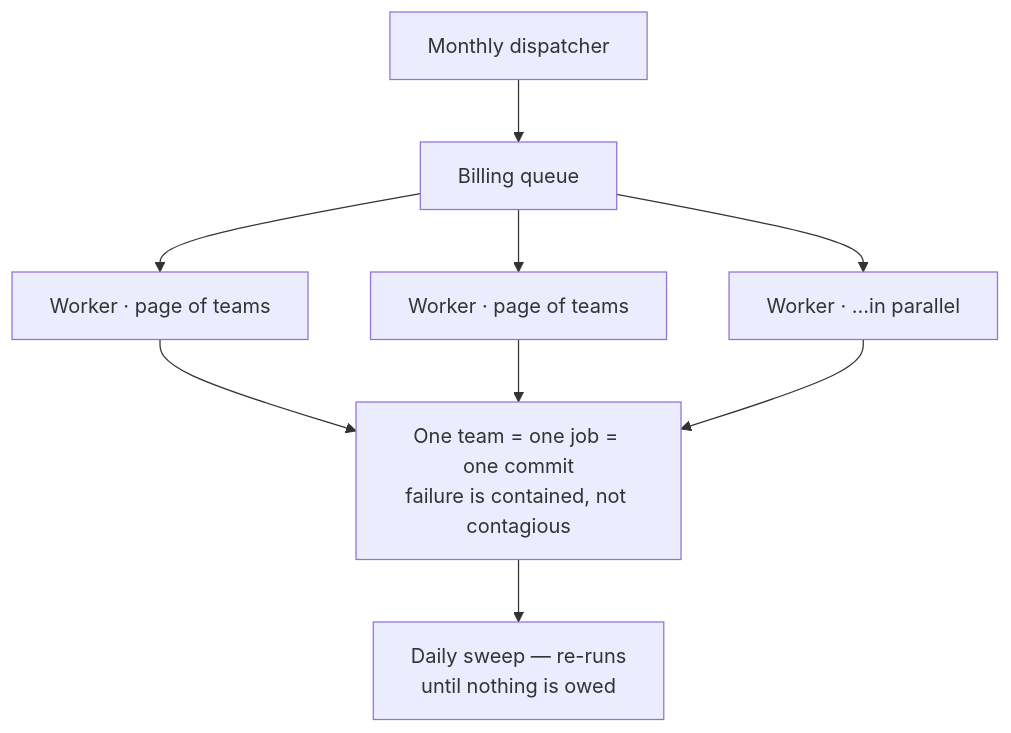
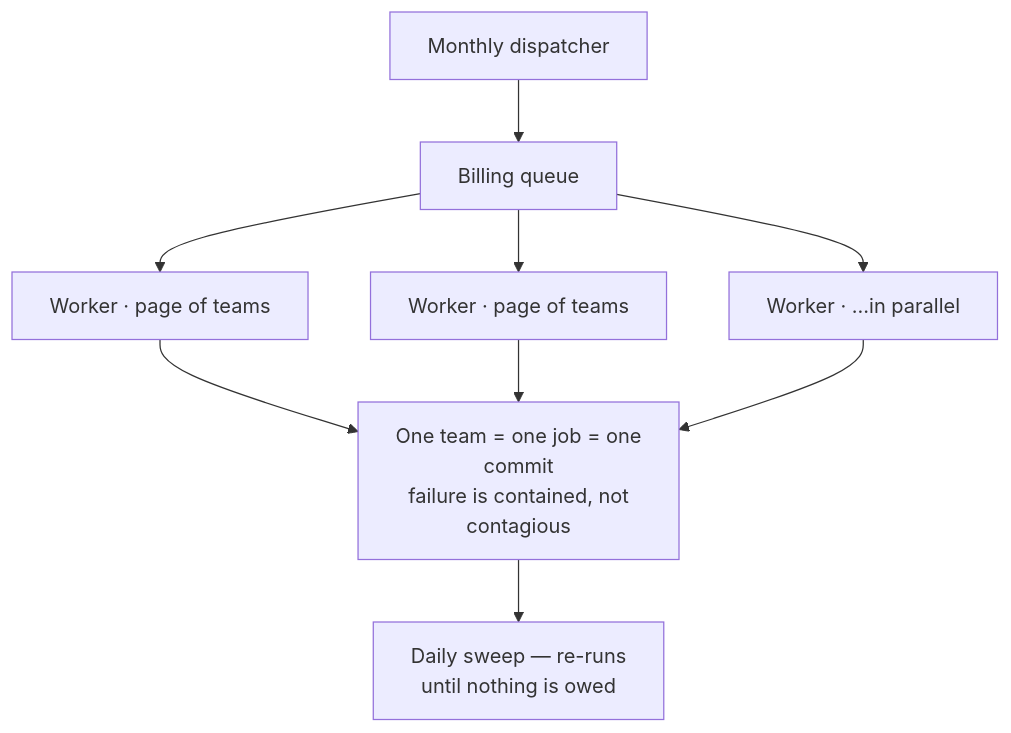
One commit to saurabh6790/v2-billing-specs changed the fifth of 11 diagrams in billing-improvements-explained.md. Above: the diagram before and after it, drawn with Mermaid. The commit also changed other lines of this file and 27 other files, not shown here.

Commit message:
diagrams: render the excalidraw svgs, and the tool that makes them

````diff
--- a/billing-improvements-explained.md
+++ b/billing-improvements-explained.md
@@ -166,11 +190,15 @@
 ```mermaid
 flowchart TD
     O["Monthly dispatcher"] --> Q["Billing queue"]
     Q --> K1["Worker · page of teams"]
     Q --> K2["Worker · page of teams"]
     Q --> K3["Worker · …in parallel"]
-    K1 --> P["One team = one job = one commit<br/>failure is contained, not contagious"]
+    K1 --> P["`One team = one job = one
+commit
+failure is contained, not
+contagious`"]
     K2 --> P
     K3 --> P
-    P --> DS["Daily sweep — re-runs<br/>until nothing is owed"]
+    P --> DS["`Daily sweep — re-runs
+until nothing is owed`"]
 ```
````
